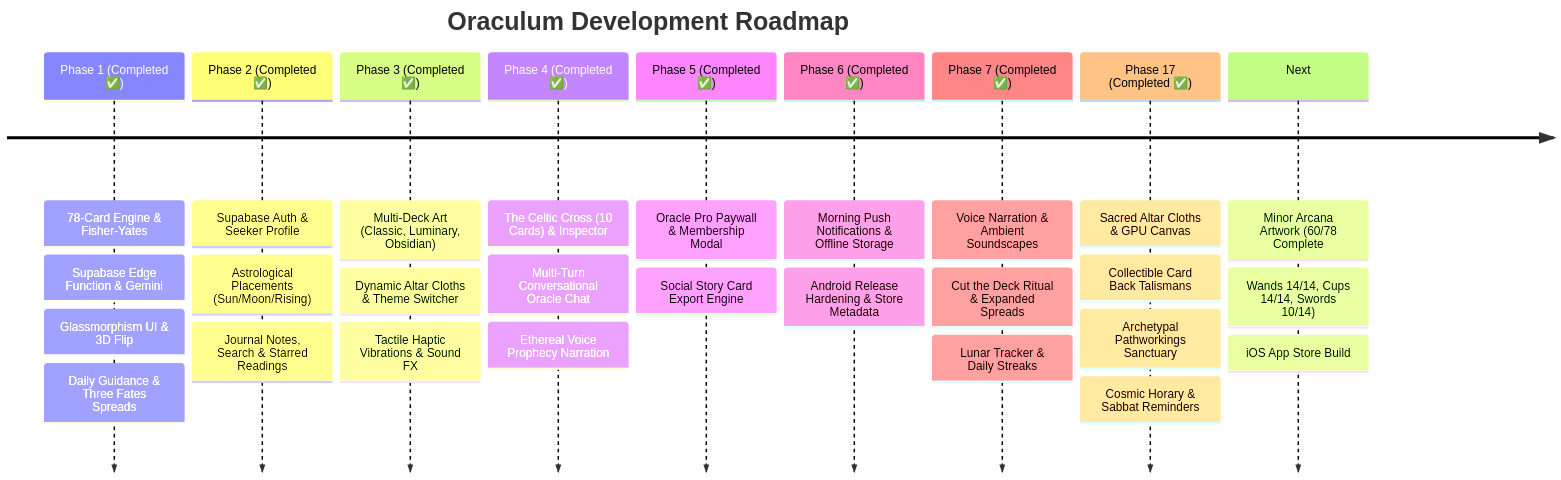
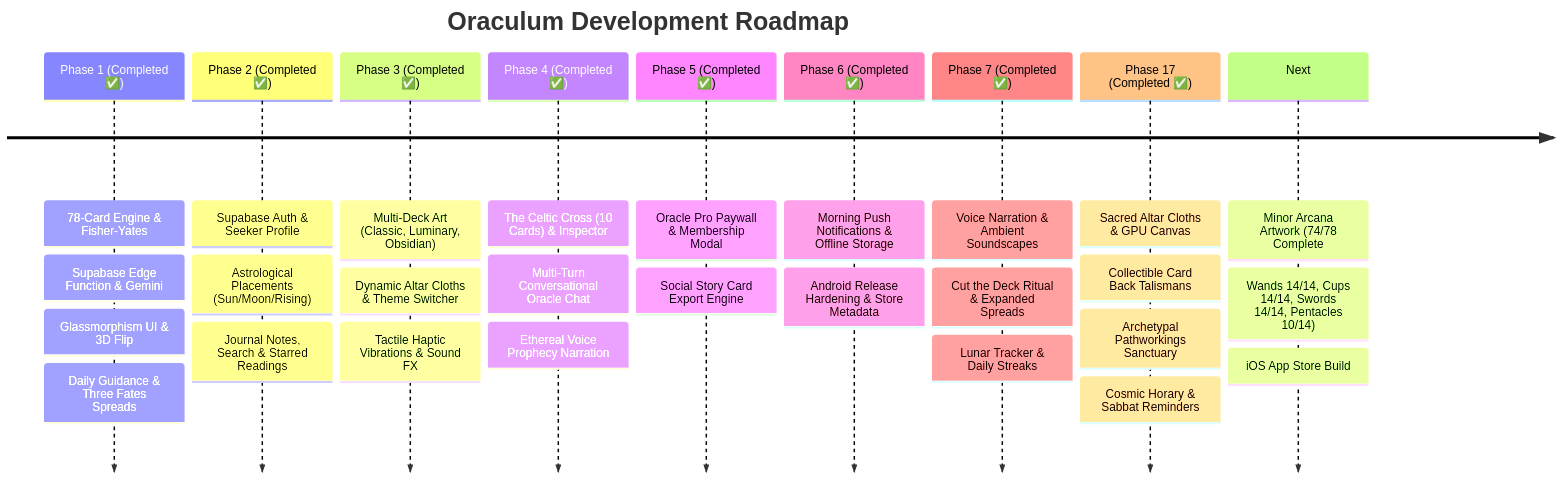
Before and after one commit to Dreke20/TarotApp: the diagram in ROADMAP.md, drawn with Mermaid. The commit also changed other lines of this file and 32 other files, not shown here.

````diff
--- a/ROADMAP.md
+++ b/ROADMAP.md
@@ -9,30 +9,30 @@
 ```mermaid
 timeline
     title Oraculum Development Roadmap
     Phase 1 (Completed ✅) : 78-Card Engine & Fisher-Yates
                           : Supabase Edge Function & Gemini
                           : Glassmorphism UI & 3D Flip
                           : Daily Guidance & Three Fates Spreads
     Phase 2 (Completed ✅) : Supabase Auth & Seeker Profile
                           : Astrological Placements (Sun/Moon/Rising)
                           : Journal Notes, Search & Starred Readings
     Phase 3 (Completed ✅) : Multi-Deck Art (Classic, Luminary, Obsidian)
                           : Dynamic Altar Cloths & Theme Switcher
                           : Tactile Haptic Vibrations & Sound FX
     Phase 4 (Completed ✅) : The Celtic Cross (10 Cards) & Inspector
                           : Multi-Turn Conversational Oracle Chat
                           : Ethereal Voice Prophecy Narration
     Phase 5 (Completed ✅) : Oracle Pro Paywall & Membership Modal
                           : Social Story Card Export Engine
     Phase 6 (Completed ✅) : Morning Push Notifications & Offline Storage
                           : Android Release Hardening & Store Metadata
     Phase 7 (Completed ✅) : Voice Narration & Ambient Soundscapes
                           : Cut the Deck Ritual & Expanded Spreads
                           : Lunar Tracker & Daily Streaks
     Phase 17 (Completed ✅): Sacred Altar Cloths & GPU Canvas
                           : Collectible Card Back Talismans
                           : Archetypal Pathworkings Sanctuary
                           : Cosmic Horary & Sabbat Reminders
-    Next                  : Minor Arcana Artwork (60/78 Complete: Wands 14/14, Cups 14/14, Swords 10/14)
+    Next                  : Minor Arcana Artwork (74/78 Complete: Wands 14/14, Cups 14/14, Swords 14/14, Pentacles 10/14)
                           : iOS App Store Build
 ```
````
